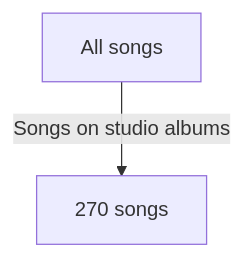
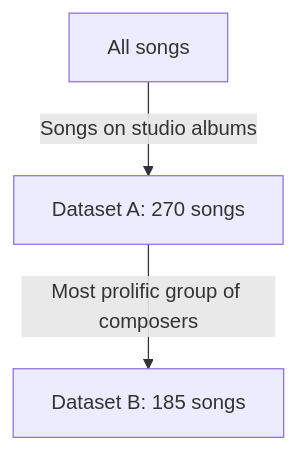
Before and after one commit to richelbilderbeek/paper_k3_ratings: the diagram in docs/paper.md, drawn with Mermaid. The commit also changed other lines of this file, not shown here.

````diff
--- a/docs/paper.md
+++ b/docs/paper.md
@@ -46,7 +59,9 @@
 ```mermaid
 flowchart TD
   all[All songs]
-  studio_albums[270 songs]
+  studio_albums[Dataset A: 270 songs]
+  same_composers[Dataset B: 185 songs]
 
   all --> |Songs on studio albums|studio_albums
+  studio_albums --> |Most prolific group of composers|same_composers
 ```
````
